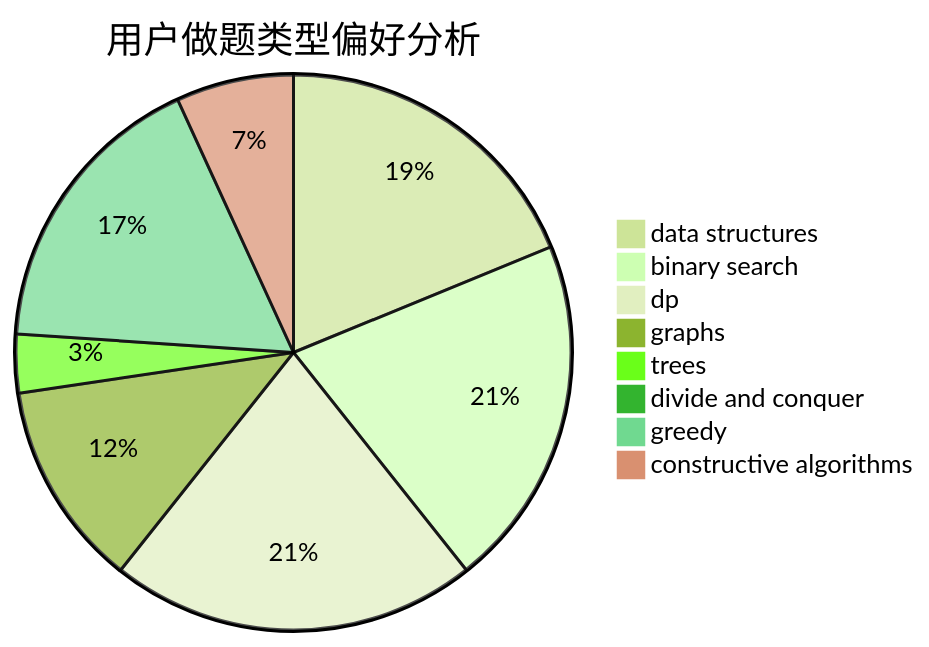
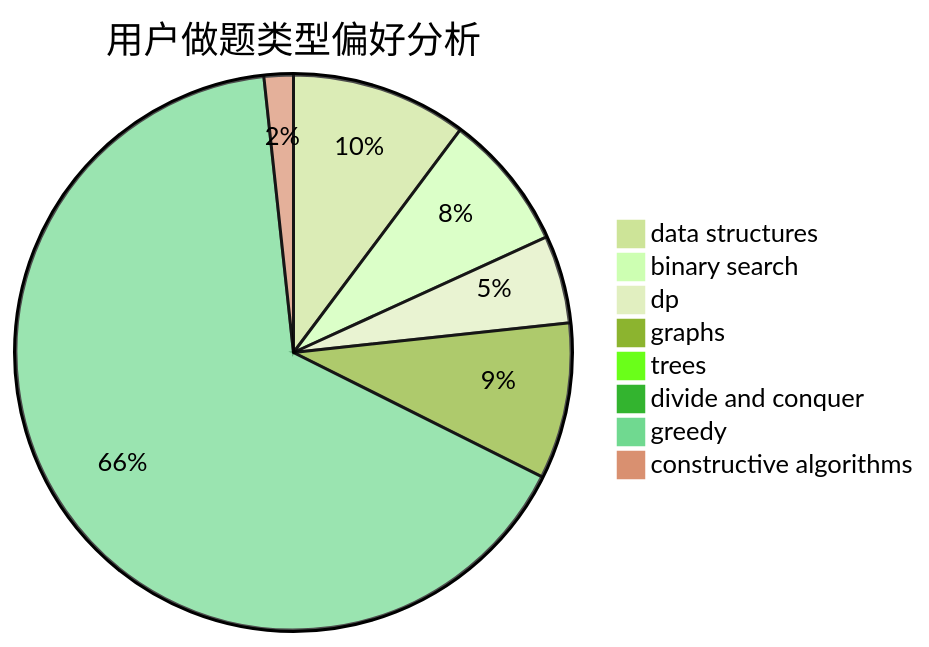
The second of 3 diagrams in docs/user/u994.md (sherpahu/cfrs.github.io), drawn with Mermaid (forest theme) before and after one commit. The commit also changed other lines of this file and 2770 other files, not shown here.

````diff
--- a/docs/user/u994.md
+++ b/docs/user/u994.md
@@ -23,11 +23,11 @@
 ```mermaid
 pie title 用户做题类型偏好分析
-    "data structures" :  22
-    "binary search" :  24
-    "dp" :  25
-    "graphs" :  14
-    "trees" :  4
+    "data structures" :  18
+    "binary search" :  14
+    "dp" :  9
+    "graphs" :  16
+    "trees" :  0
     "divide and conquer" :  0
-    "greedy" :  20
-    "constructive algorithms" :  8
+    "greedy" :  116
+    "constructive algorithms" :  3
 ```
````
